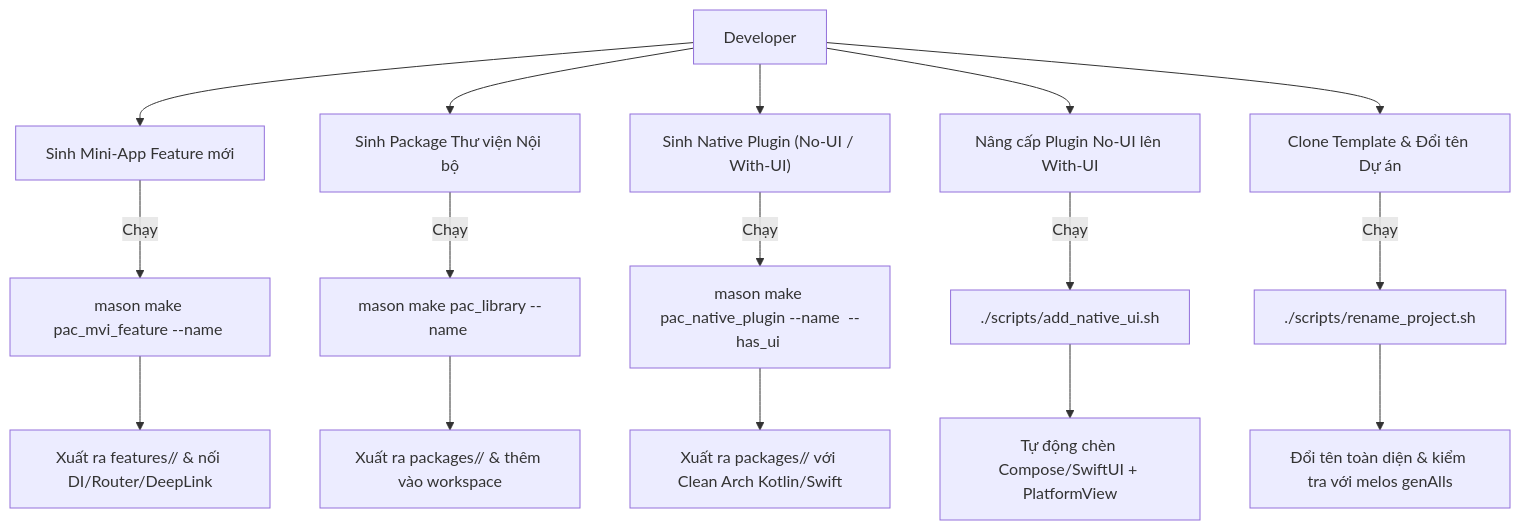
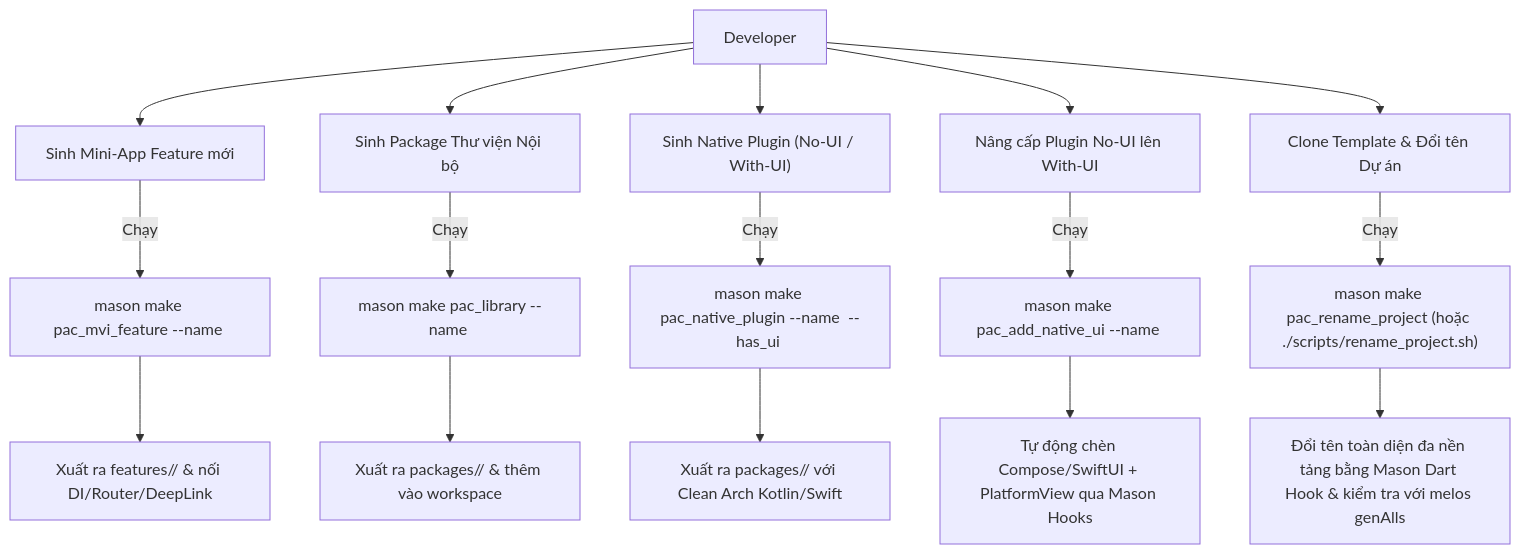
One commit to DanhDue/bloc_digital_wallet changed the second of 3 diagrams in .devtool/epic/flutter_super_app_template/flutter_super_app_template.vi.md. Above: the diagram before and after it, drawn with Mermaid. The commit also changed other lines of this file and 2 other files, not shown here.

Commit message:
docs: standardize pac_add_native_ui and pac_rename_project as pure mason bricks

````diff
--- a/.devtool/epic/flutter_super_app_template/flutter_super_app_template.vi.md
+++ b/.devtool/epic/flutter_super_app_template/flutter_super_app_template.vi.md
@@ -105,23 +105,23 @@
 ```mermaid
 flowchart TD
     Dev["Developer"] --> U1["Sinh Mini-App Feature mới"]
     Dev --> U2["Sinh Package Thư viện Nội bộ"]
     Dev --> U3["Sinh Native Plugin (No-UI / With-UI)"]
     Dev --> U4["Nâng cấp Plugin No-UI lên With-UI"]
     Dev --> U5["Clone Template & Đổi tên Dự án"]
 
     U1 -->|Chạy| B1["mason make pac_mvi_feature --name <name>"]
     B1 --> O1["Xuất ra features/<name>/ & nối DI/Router/DeepLink"]
 
     U2 -->|Chạy| B2["mason make pac_library --name <name>"]
     B2 --> O2["Xuất ra packages/<name>/ & thêm vào workspace"]
 
     U3 -->|Chạy| B3["mason make pac_native_plugin --name <name> --has_ui <bool>"]
     B3 --> O3["Xuất ra packages/<name>/ với Clean Arch Kotlin/Swift"]
 
-    U4 -->|Chạy| B4["./scripts/add_native_ui.sh <name>"]
-    B4 --> O4["Tự động chèn Compose/SwiftUI + PlatformView"]
+    U4 -->|Chạy| B4["mason make pac_add_native_ui --name <name>"]
+    B4 --> O4["Tự động chèn Compose/SwiftUI + PlatformView qua Mason Hooks"]
 
-    U5 -->|Chạy| S1["./scripts/rename_project.sh <AppName> <pkg> <bundleId>"]
-    S1 --> O5["Đổi tên toàn diện & kiểm tra với melos genAlls"]
+    U5 -->|Chạy| S1["mason make pac_rename_project (hoặc ./scripts/rename_project.sh)"]
+    S1 --> O5["Đổi tên toàn diện đa nền tảng bằng Mason Dart Hook & kiểm tra với melos genAlls"]
 ```
````
